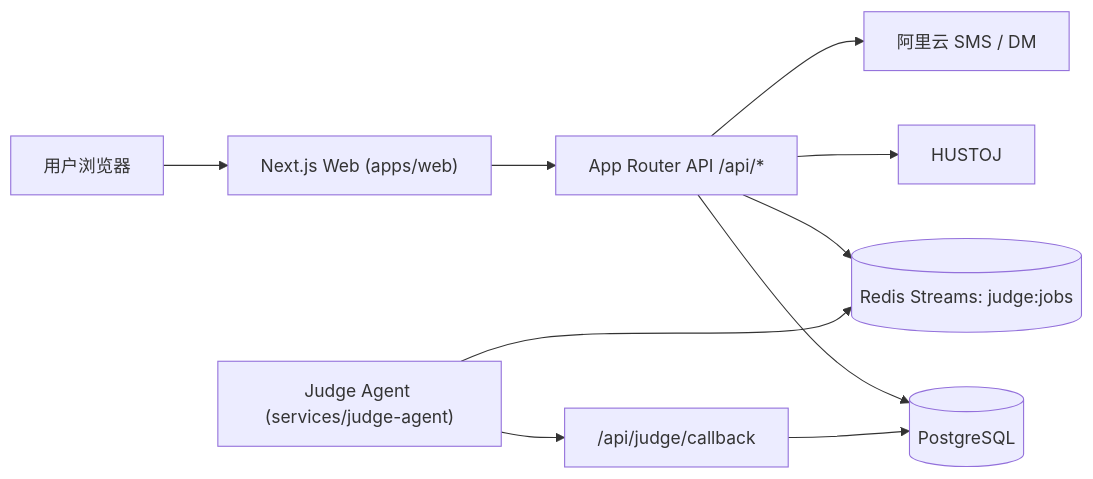
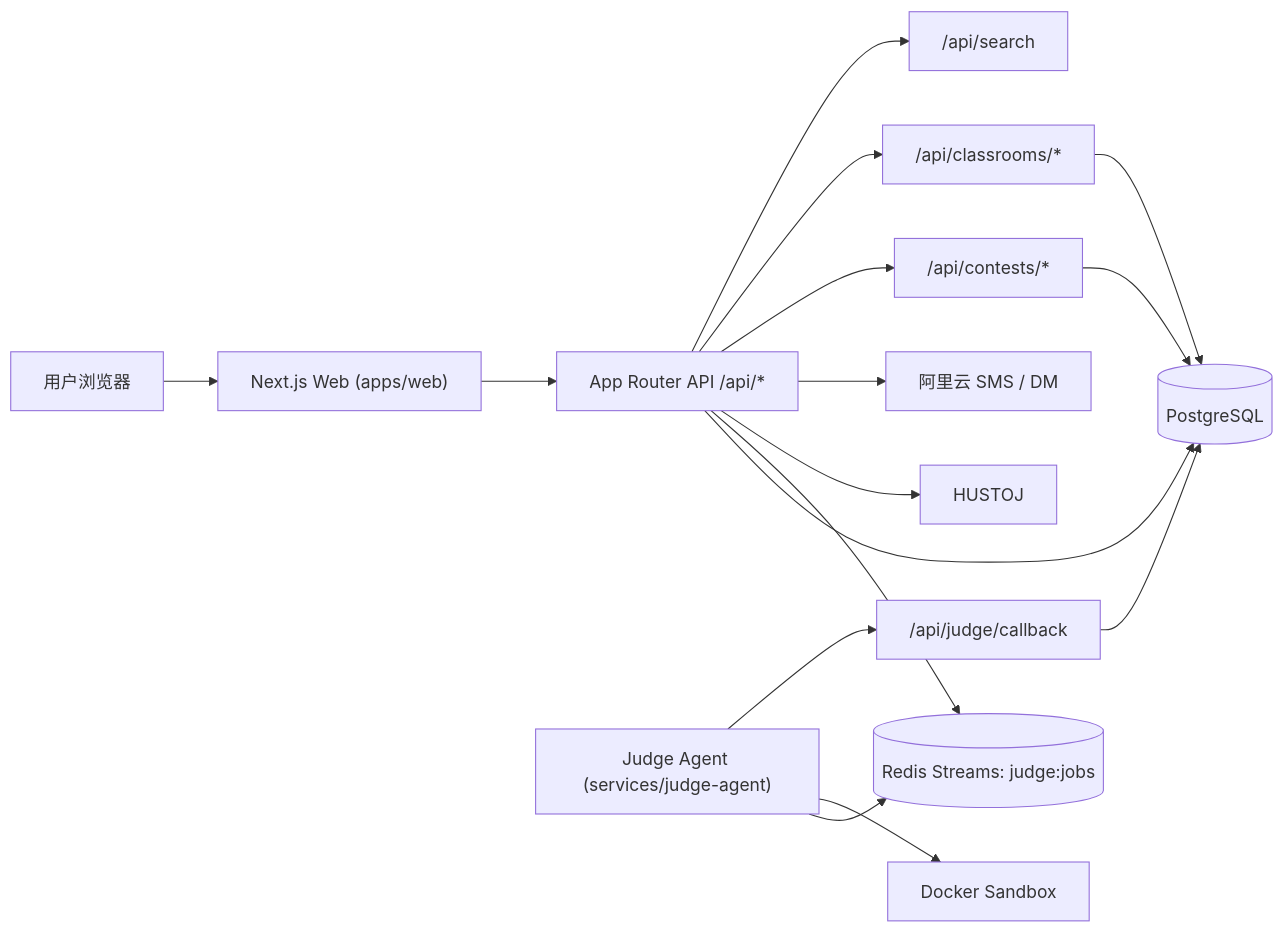
The first of 2 diagrams in README.md (cherishingher/codemaster), drawn with Mermaid before and after one commit. The commit also changed other lines of this file, not shown here.

````diff
--- a/README.md
+++ b/README.md
@@ -40,14 +65,21 @@
 ```mermaid
 flowchart LR
   U["用户浏览器"] --> W["Next.js Web (apps/web)"]
   W --> API["App Router API /api/*"]
   API --> PG[(PostgreSQL)]
   API --> R[(Redis Streams: judge:jobs)]
 
   JA["Judge Agent (services/judge-agent)"] --> R
+  JA --> SB["Docker Sandbox"]
   JA --> CB["/api/judge/callback"]
   CB --> PG
 
   API --> HJ["HUSTOJ"]
   API --> ALI["阿里云 SMS / DM"]
+
+  API --> Contest["/api/contests/*"]
+  API --> Classroom["/api/classrooms/*"]
+  API --> Search["/api/search"]
+  Contest --> PG
+  Classroom --> PG
 ```
````
